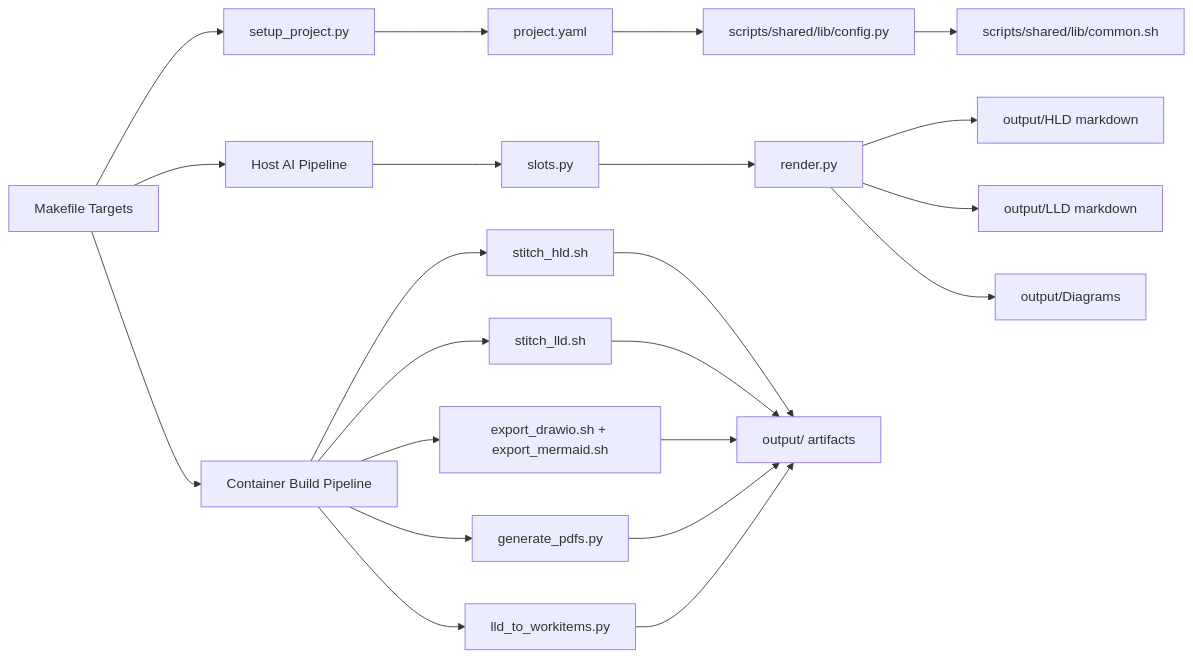
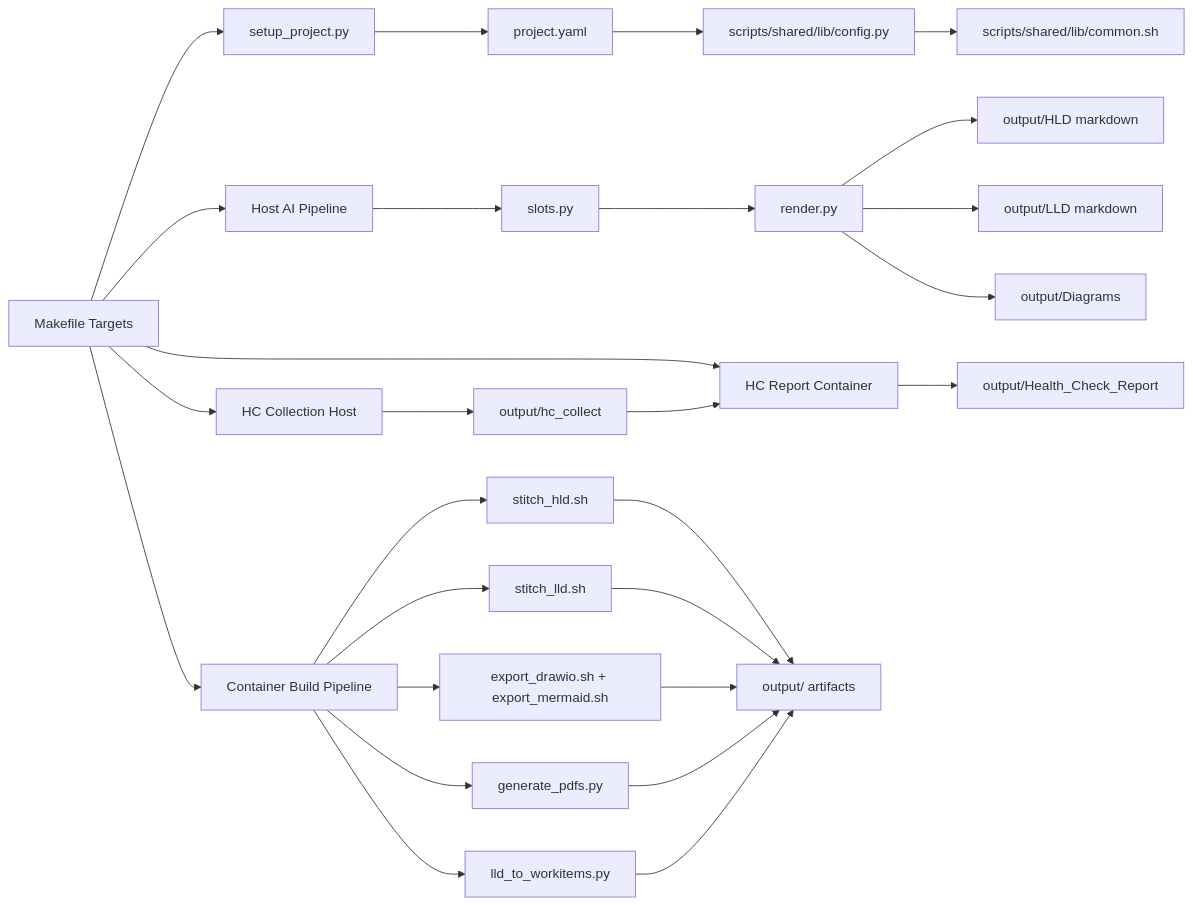
Before and after one commit to stratus-ss/arch-design-doc-generator: the first of 3 diagrams in docs/ARCHITECTURE.md, drawn with Mermaid. The commit also changed other lines of this file and 56 other files, not shown here.

First line of the commit message:
feat(health-check): add deterministic report engine

````diff
--- a/docs/ARCHITECTURE.md
+++ b/docs/ARCHITECTURE.md
@@ -5,28 +5,34 @@
 ```mermaid
 flowchart LR
     Makefile[Makefile Targets] --> Setup[setup_project.py]
     Makefile --> HostAI[Host AI Pipeline]
     Makefile --> ContainerBuild[Container Build Pipeline]
+    Makefile --> HcCollect[HC Collection Host]
+    Makefile --> HcReport[HC Report Container]
 
     Setup --> ProjectYaml[project.yaml]
     ProjectYaml --> ConfigPy[scripts/shared/lib/config.py]
     ConfigPy --> BashHelpers[scripts/shared/lib/common.sh]
 
     HostAI --> SlotExtract[slots.py]
     SlotExtract --> Render[render.py]
     Render --> HldMarkdown[output/HLD markdown]
     Render --> LldMarkdown[output/LLD markdown]
     Render --> StampedDrawio[output/Diagrams]
 
     ContainerBuild --> StitchHld[stitch_hld.sh]
     ContainerBuild --> StitchLld[stitch_lld.sh]
     ContainerBuild --> ExportDiagrams[export_drawio.sh + export_mermaid.sh]
     ContainerBuild --> GeneratePdfs[generate_pdfs.py]
     ContainerBuild --> Workitems[lld_to_workitems.py]
 
     StitchHld --> OutputArtifacts[output/ artifacts]
     StitchLld --> OutputArtifacts
     ExportDiagrams --> OutputArtifacts
     GeneratePdfs --> OutputArtifacts
     Workitems --> OutputArtifacts
+
+    HcCollect --> CollectOut[output/hc_collect]
+    CollectOut --> HcReport
+    HcReport --> HcMarkdown[output/Health_Check_Report]
 ```
````
